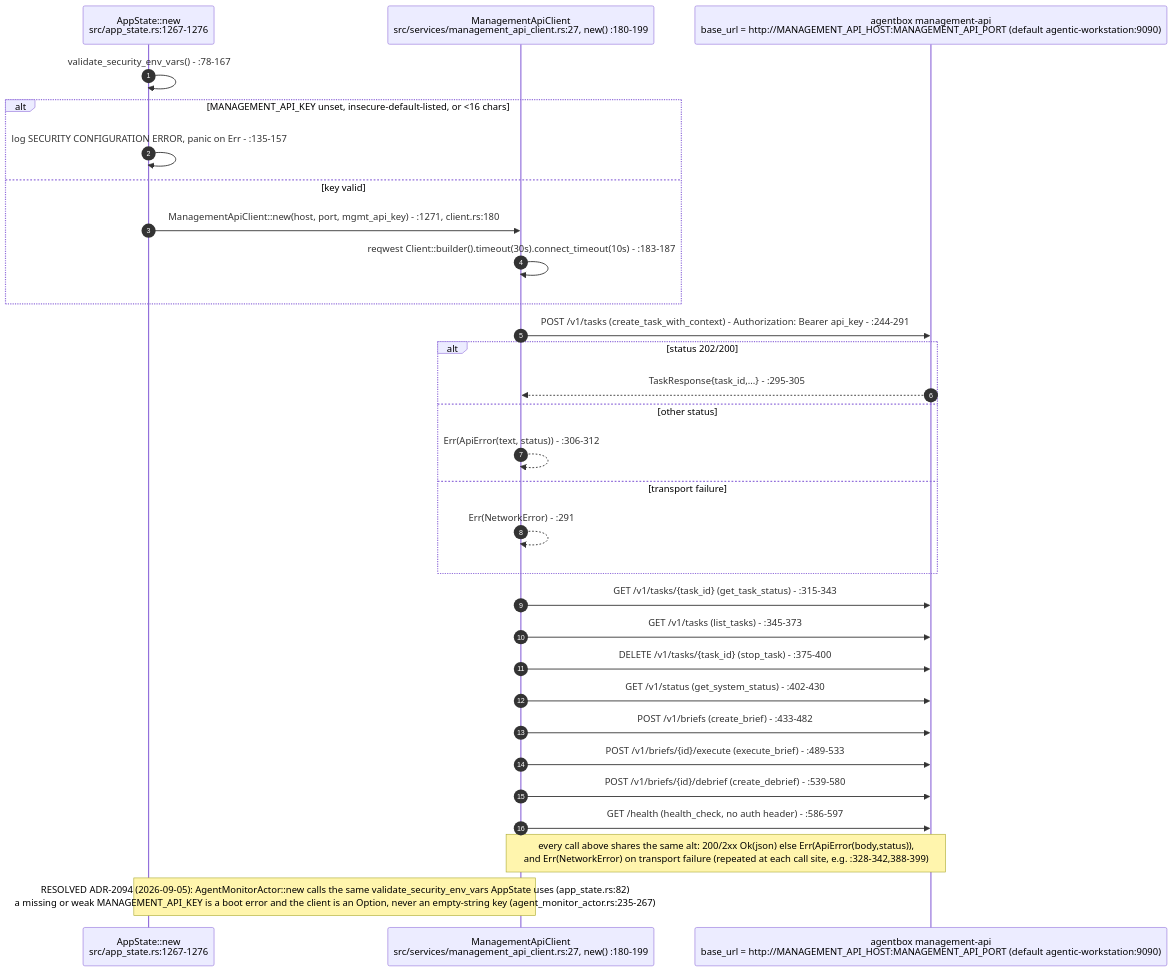
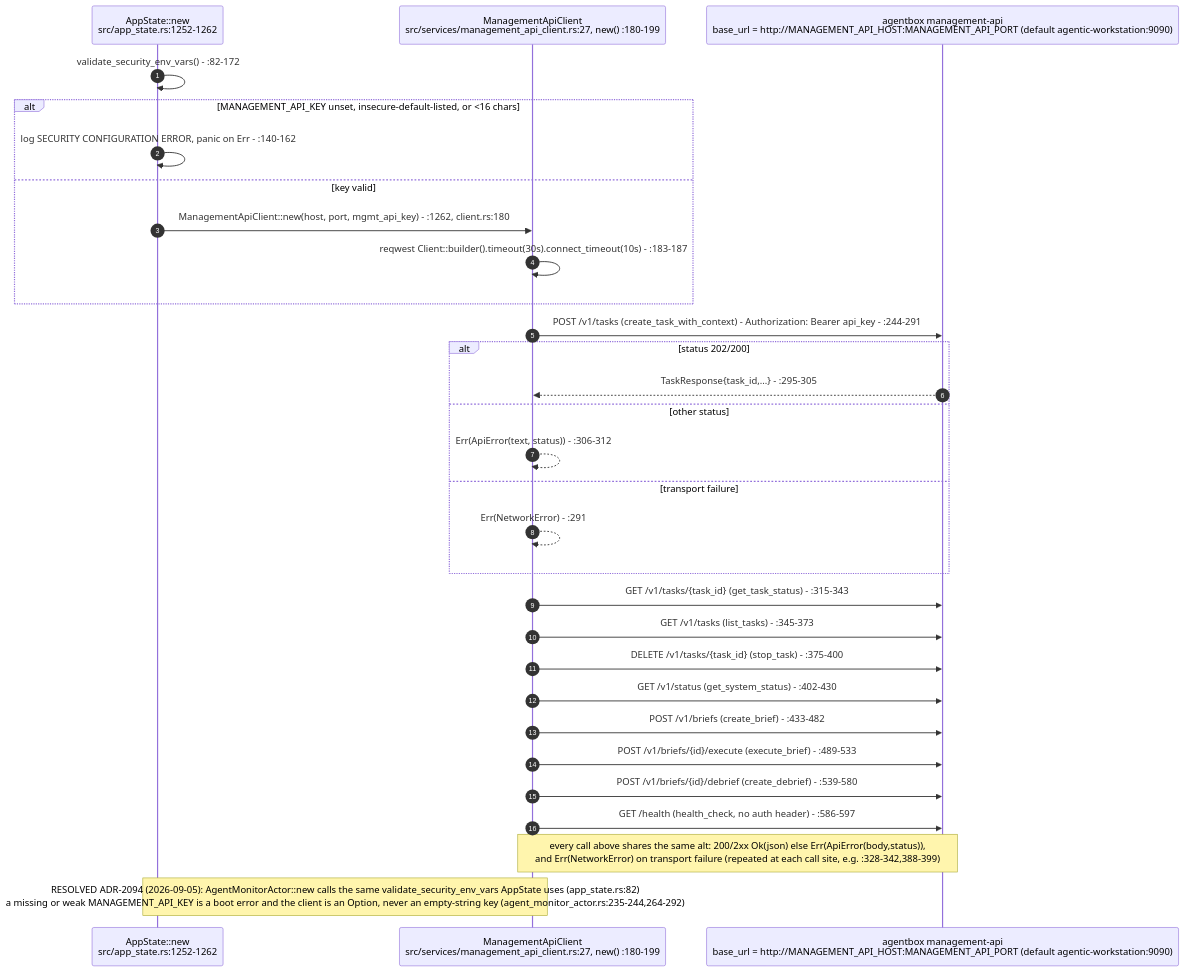
The ninth of 13 diagrams in docs/diagrams/visionclaw/27-agent-integration-mcp-relay.md (DreamLab-AI/VisionFlow), drawn with Mermaid before and after one commit. The commit also changed other lines of this file and 52 other files, not shown here.

First line of the commit message:
docs(diagrams): wave 3 checkpoint — bare line refs resolved, revision-pinned cite-check, VC-05/AB-01..13 re-attested

````diff
--- a/docs/diagrams/visionclaw/27-agent-integration-mcp-relay.md
+++ b/docs/diagrams/visionclaw/27-agent-integration-mcp-relay.md
@@ -408,35 +406,35 @@
 ```mermaid
 sequenceDiagram
     autonumber
-    participant Boot as AppState::new<br/>src/app_state.rs:1267-1276
+    participant Boot as AppState::new<br/>src/app_state.rs:1252-1262
     participant MAC as ManagementApiClient<br/>src/services/management_api_client.rs:27, new() :180-199
     participant API as agentbox management-api<br/>base_url = http://MANAGEMENT_API_HOST:MANAGEMENT_API_PORT (default agentic-workstation:9090)
 
-    Boot->>Boot: validate_security_env_vars() - :78-167
+    Boot->>Boot: validate_security_env_vars() - :82-172
     alt MANAGEMENT_API_KEY unset, insecure-default-listed, or <16 chars
-        Boot->>Boot: log SECURITY CONFIGURATION ERROR, panic on Err - :135-157
+        Boot->>Boot: log SECURITY CONFIGURATION ERROR, panic on Err - :140-162
     else key valid
-        Boot->>MAC: ManagementApiClient::new(host, port, mgmt_api_key) - :1271, client.rs:180
+        Boot->>MAC: ManagementApiClient::new(host, port, mgmt_api_key) - :1262, client.rs:180
         MAC->>MAC: reqwest Client::builder().timeout(30s).connect_timeout(10s) - :183-187
     end
 
     MAC->>API: POST /v1/tasks (create_task_with_context) - Authorization: Bearer api_key - :244-291
     alt status 202/200
         API-->>MAC: TaskResponse{task_id,...} - :295-305
     else other status
         MAC-->>MAC: Err(ApiError(text, status)) - :306-312
     else transport failure
         MAC-->>MAC: Err(NetworkError) - :291
     end
 
     MAC->>API: GET /v1/tasks/{task_id} (get_task_status) - :315-343
     MAC->>API: GET /v1/tasks (list_tasks) - :345-373
     MAC->>API: DELETE /v1/tasks/{task_id} (stop_task) - :375-400
     MAC->>API: GET /v1/status (get_system_status) - :402-430
     MAC->>API: POST /v1/briefs (create_brief) - :433-482
     MAC->>API: POST /v1/briefs/{id}/execute (execute_brief) - :489-533
     MAC->>API: POST /v1/briefs/{id}/debrief (create_debrief) - :539-580
     MAC->>API: GET /health (health_check, no auth header) - :586-597
     Note over MAC,API: every call above shares the same alt: 200/2xx Ok(json) else Err(ApiError(body,status)),<br/>and Err(NetworkError) on transport failure (repeated at each call site, e.g. :328-342,388-399)
-    Note over Boot,MAC: RESOLVED ADR-2094 (2026-09-05): AgentMonitorActor::new calls the same validate_security_env_vars AppState uses (app_state.rs:82)<br/>a missing or weak MANAGEMENT_API_KEY is a boot error and the client is an Option, never an empty-string key (agent_monitor_actor.rs:235-267)
+    Note over Boot,MAC: RESOLVED ADR-2094 (2026-09-05): AgentMonitorActor::new calls the same validate_security_env_vars AppState uses (app_state.rs:82)<br/>a missing or weak MANAGEMENT_API_KEY is a boot error and the client is an Option, never an empty-string key (agent_monitor_actor.rs:235-244,264-292)
 ```
````
